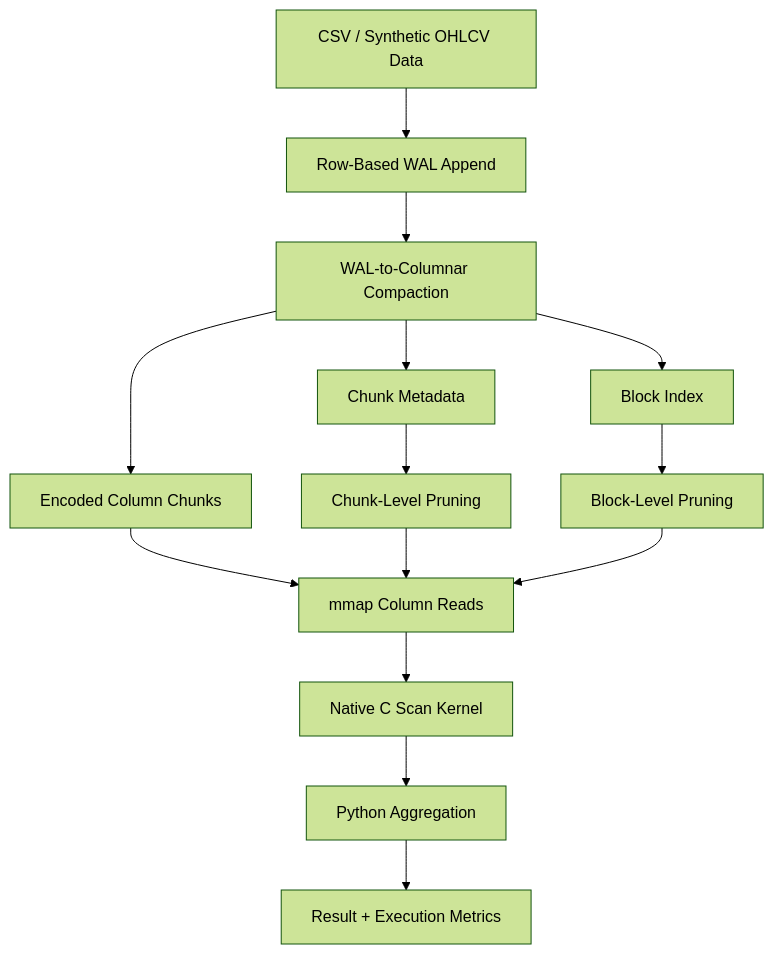
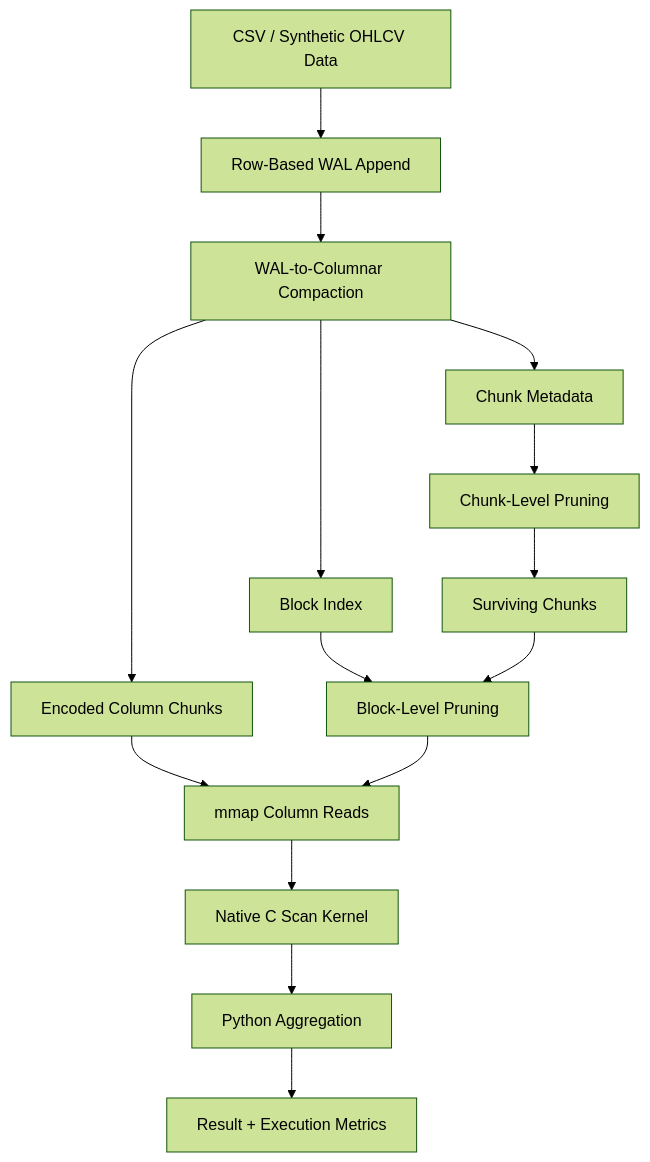
One commit to pitaleabhishek/tickdb changed the diagram in README.md. Above: the diagram before and after it, drawn with Mermaid (forest theme). The commit also changed other lines of this file, not shown here.

Commit message:
Fix README pruning flow diagram

````diff
--- a/README.md
+++ b/README.md
@@ -39,16 +39,17 @@
 ```mermaid
 flowchart TD
     A[CSV / Synthetic OHLCV Data] --> B[Row-Based WAL Append]
     B --> C[WAL-to-Columnar Compaction]
     C --> D[Encoded Column Chunks]
     C --> E[Chunk Metadata]
     C --> F[Block Index]
     E --> G[Chunk-Level Pruning]
-    F --> H[Block-Level Pruning]
-    D --> I[mmap Column Reads]
-    G --> I
+    G --> H[Surviving Chunks]
+    F --> I[Block-Level Pruning]
     H --> I
-    I --> J[Native C Scan Kernel]
-    J --> K[Python Aggregation]
-    K --> L[Result + Execution Metrics]
+    D --> J[mmap Column Reads]
+    I --> J
+    J --> K[Native C Scan Kernel]
+    K --> L[Python Aggregation]
+    L --> M[Result + Execution Metrics]
 ```
````
